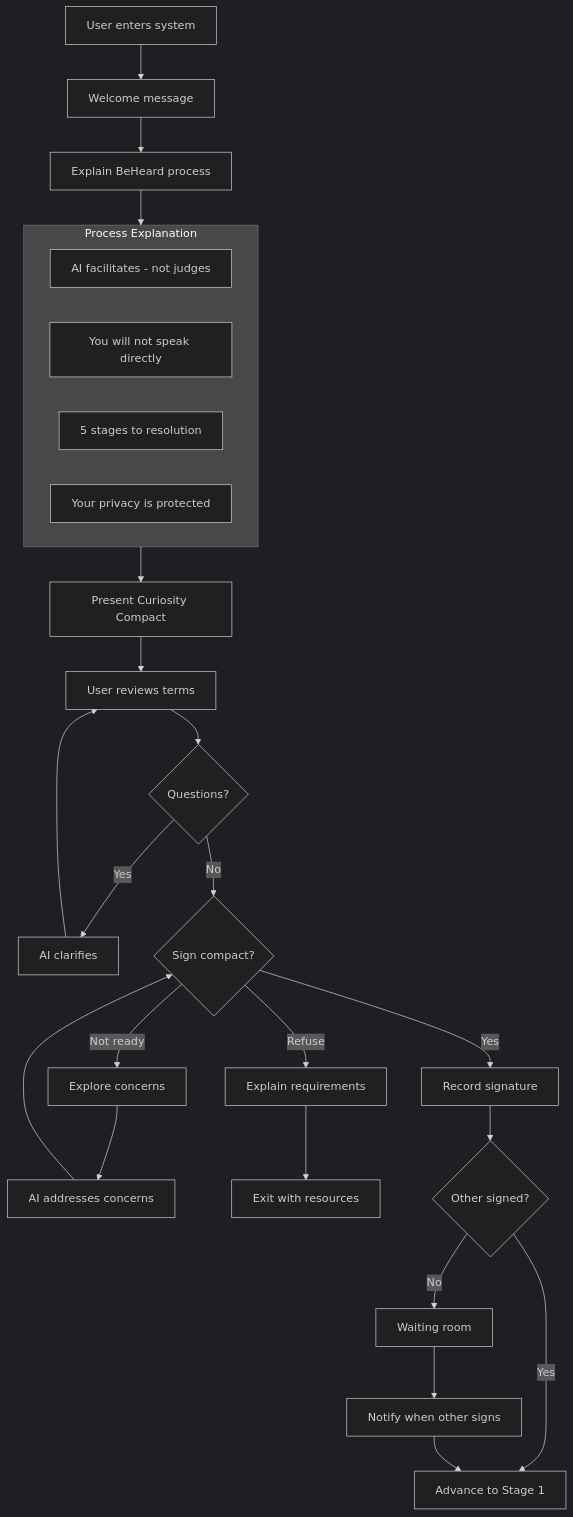
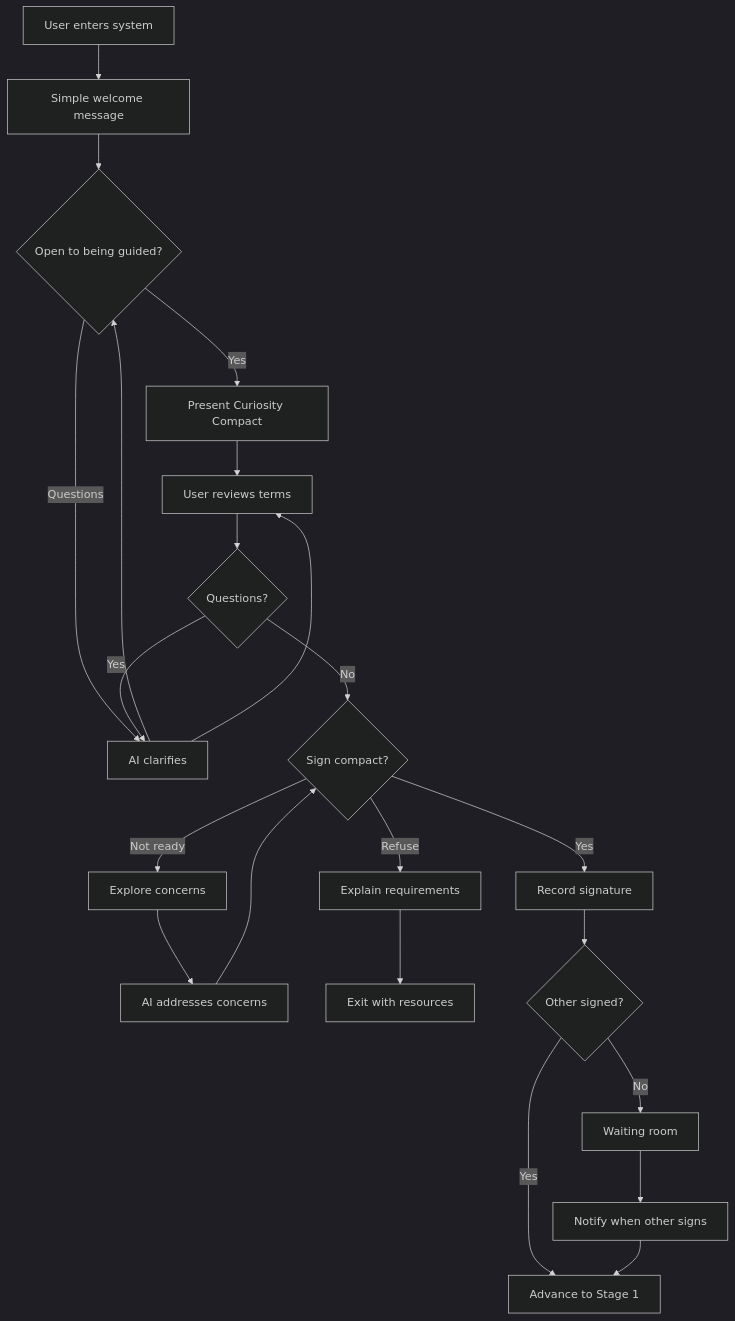
One commit to shantamg/meet-without-fear changed the first of 2 diagrams in docs/mvp-planning/plans/stages/stage-0-onboarding.md. Above: the diagram before and after it, drawn with Mermaid (dark theme). The commit also changed other lines of this file and 6 other files, not shown here.

````diff
--- a/docs/mvp-planning/plans/stages/stage-0-onboarding.md
+++ b/docs/mvp-planning/plans/stages/stage-0-onboarding.md
@@ -16,35 +28,28 @@
 ```mermaid
 flowchart TD
-    Entry[User enters system] --> Welcome[Welcome message]
-    Welcome --> Explain[Explain BeHeard process]
-
-    subgraph Explanation[Process Explanation]
-        E1[AI facilitates - not judges]
-        E2[You will not speak directly]
-        E3[5 stages to resolution]
-        E4[Your privacy is protected]
-    end
-
-    Explain --> Explanation
-    Explanation --> Compact[Present Curiosity Compact]
+    Entry[User enters system] --> Welcome[Simple welcome message]
+    Welcome --> Consent{Open to being guided?}
+    Consent -->|Yes| Compact[Present Curiosity Compact]
+    Consent -->|Questions| Clarify[AI answers questions]
+    Clarify --> Consent
 
     Compact --> Review[User reviews terms]
     Review --> Questions{Questions?}
     Questions -->|Yes| Clarify[AI clarifies]
     Clarify --> Review
     Questions -->|No| Decision{Sign compact?}
 
     Decision -->|Yes| Signed[Record signature]
     Decision -->|Not ready| Concerns[Explore concerns]
     Decision -->|Refuse| CannotProceed[Explain requirements]
 
     Concerns --> Address[AI addresses concerns]
     Address --> Decision
     CannotProceed --> Exit[Exit with resources]
 
     Signed --> WaitOther{Other signed?}
     WaitOther -->|Yes| Advance[Advance to Stage 1]
     WaitOther -->|No| Wait[Waiting room]
     Wait --> Notify[Notify when other signs]
     Notify --> Advance
 ```
````
